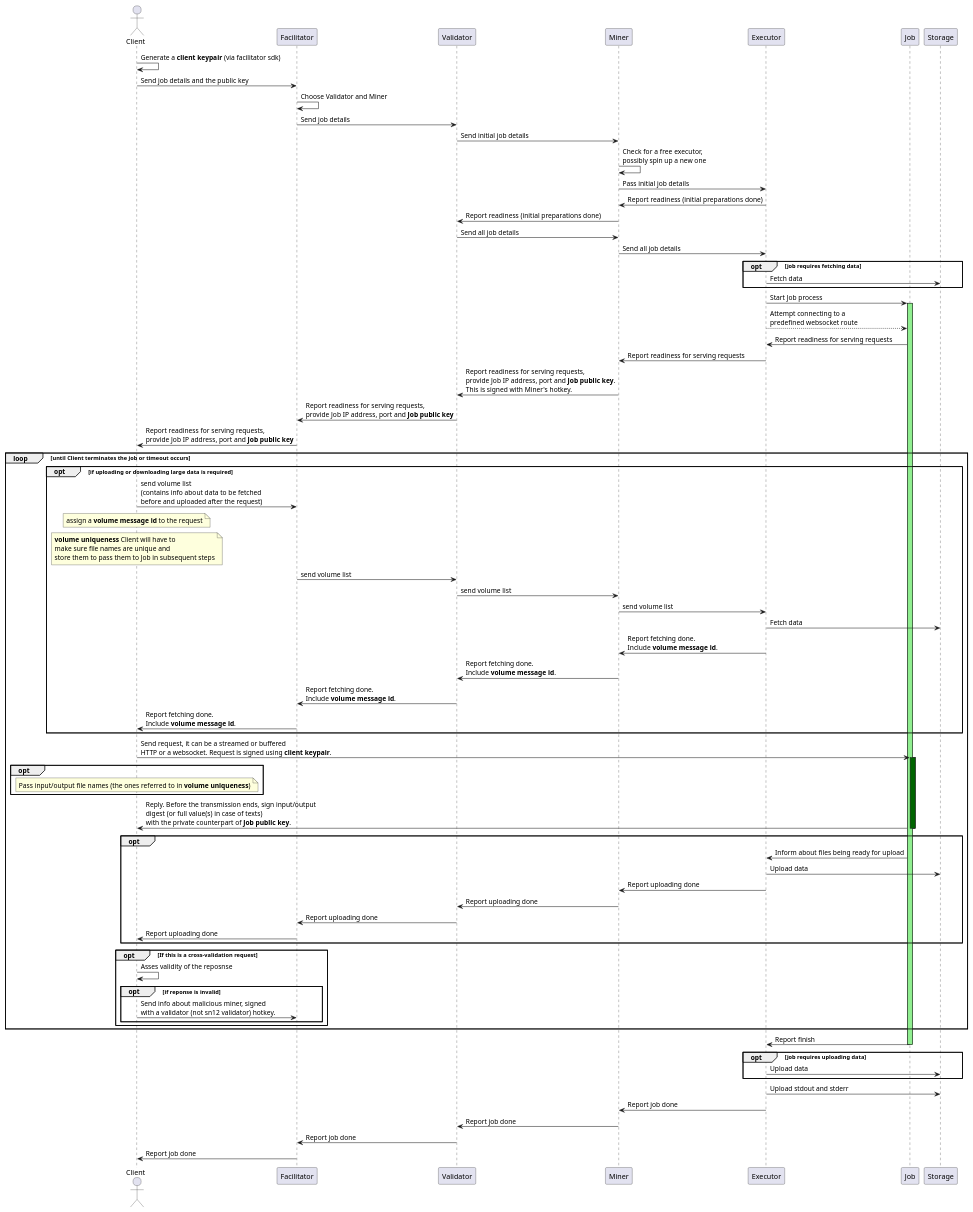
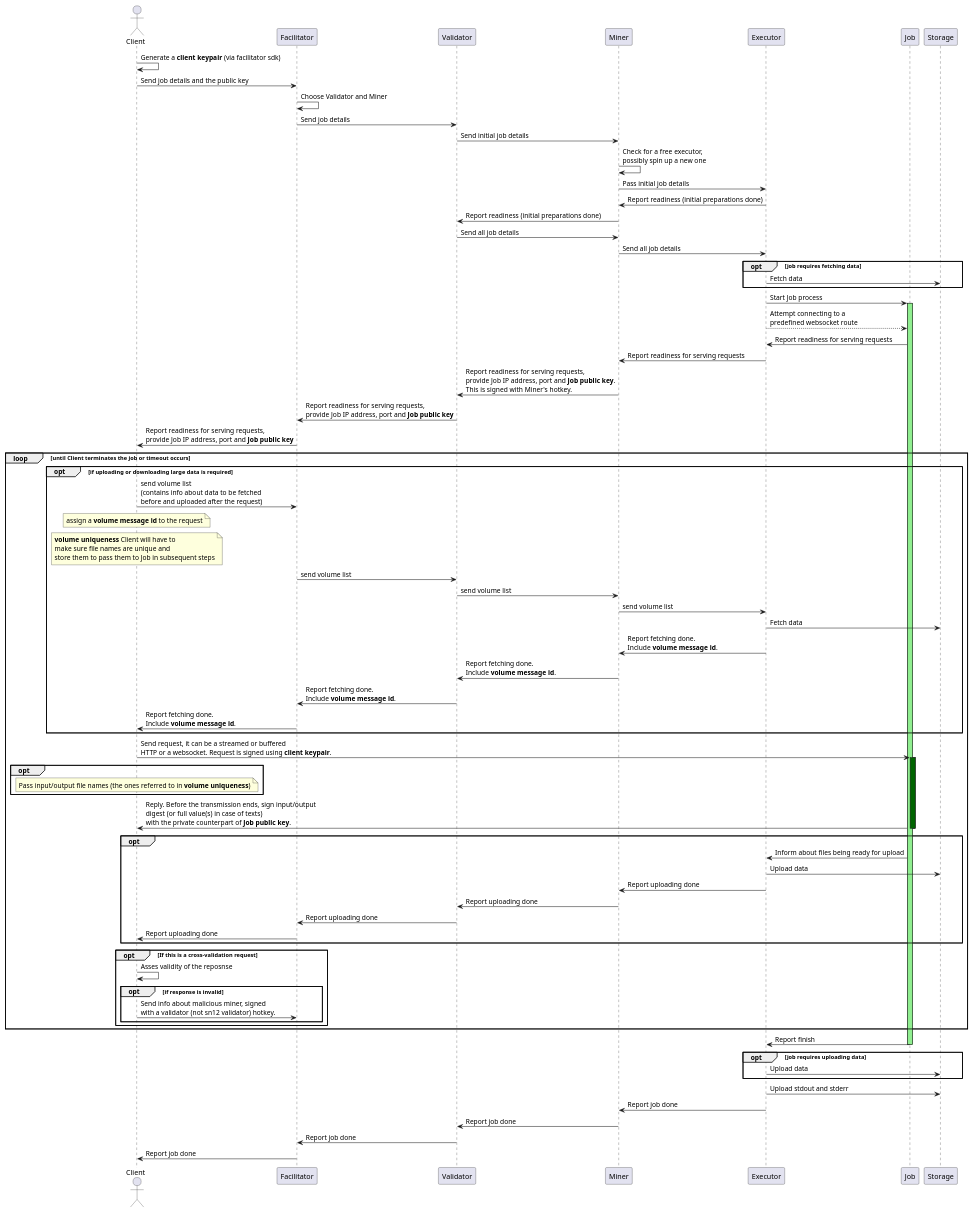
One commit to backend-developers-ltd/ComputeHorde changed the diagram in docs/streaming_organic_job_full.puml. Above: the diagram before and after it, drawn with PlantUML.

Commit message:
Fix typos in some files

```diff
--- a/docs/streaming_organic_job_full.puml
+++ b/docs/streaming_organic_job_full.puml
@@ -1,86 +1,86 @@
 @startuml
 Actor Client
 participant Facilitator
 participant Validator
 participant Miner
 participant Executor
 participant Job
 participant Storage
 
 Client->Client: Generate a **client keypair** (via facilitator sdk)
 Client->Facilitator: Send job details and the public key
 Facilitator->Facilitator: Choose Validator and Miner
 Facilitator->Validator: Send job details
 Validator->Miner: Send initial job details
 Miner->Miner: Check for a free executor,\npossibly spin up a new one
 Miner->Executor: Pass initial job details
 Executor->Miner: Report readiness (initial preparations done)
 Miner->Validator: Report readiness (initial preparations done)
 Validator->Miner: Send all job details
 Miner->Executor: Send all job details
 
 opt job requires fetching data
     Executor->Storage: Fetch data
 end
 
 Executor->Job: Start Job process
 activate Job #lightgreen
 Executor-->Job: Attempt connecting to a\npredefined websocket route
 Job->Executor: Report readiness for serving requests
 
 Executor->Miner: Report readiness for serving requests
 Miner->Validator: Report readiness for serving requests,\nprovide Job IP address, port and **Job public key**.\nThis is signed with Miner's hotkey.
 Validator->Facilitator: Report readiness for serving requests,\nprovide Job IP address, port and **Job public key**
 Facilitator->Client: Report readiness for serving requests,\nprovide Job IP address, port and **Job public key**
 
 loop until Client terminates the job or timeout occurs
     opt if uploading or downloading large data is required
         Client->Facilitator: send volume list\n(contains info about data to be fetched\nbefore and uploaded after the request)
         note over Client: assign a **volume message id** to the request
         note over Client: **volume uniqueness** Client will have to\nmake sure file names are unique and\nstore them to pass them to Job in subsequent steps
         Facilitator->Validator: send volume list
         Validator->Miner: send volume list
         Miner->Executor: send volume list
         Executor->Storage: Fetch data
         Executor->Miner: Report fetching done.\nInclude **volume message id**.
         Miner->Validator: Report fetching done.\nInclude **volume message id**.
         Validator->Facilitator: Report fetching done.\nInclude **volume message id**.
         Facilitator->Client: Report fetching done.\nInclude **volume message id**.
     end
     Client->Job: Send request, it can be a streamed or buffered\nHTTP or a websocket. Request is signed using **client keypair**.
     activate Job #darkgreen
     opt
         note over Client: Pass input/output file names (the ones referred to in **volume uniqueness**)
     end
     Job->Client: Reply. Before the transmission ends, sign input/output\ndigest (or full value(s) in case of texts)\nwith the private counterpart of **Job public key**.
     deactivate Job
     opt
         Job->Executor: Inform about files being ready for upload
         Executor->Storage: Upload data
         Executor->Miner: Report uploading done
         Miner->Validator: Report uploading done
         Validator->Facilitator: Report uploading done
         Facilitator->Client: Report uploading done
     end
     opt If this is a cross-validation request
         Client->Client: Asses validity of the reposnse
-        opt if reponse is invalid
+        opt if response is invalid
             Client->Facilitator: Send info about malicious miner, signed\nwith a validator (not sn12 validator) hotkey.
         end
     end
 end
 
 Job->Executor: Report finish
 deactivate Job
 
 opt job requires uploading data
     Executor->Storage: Upload data
 end
 Executor->Storage: Upload stdout and stderr
 
 Executor->Miner: Report job done
 Miner->Validator: Report job done
 Validator->Facilitator: Report job done
 Facilitator->Client: Report job done
 
 @enduml
```
